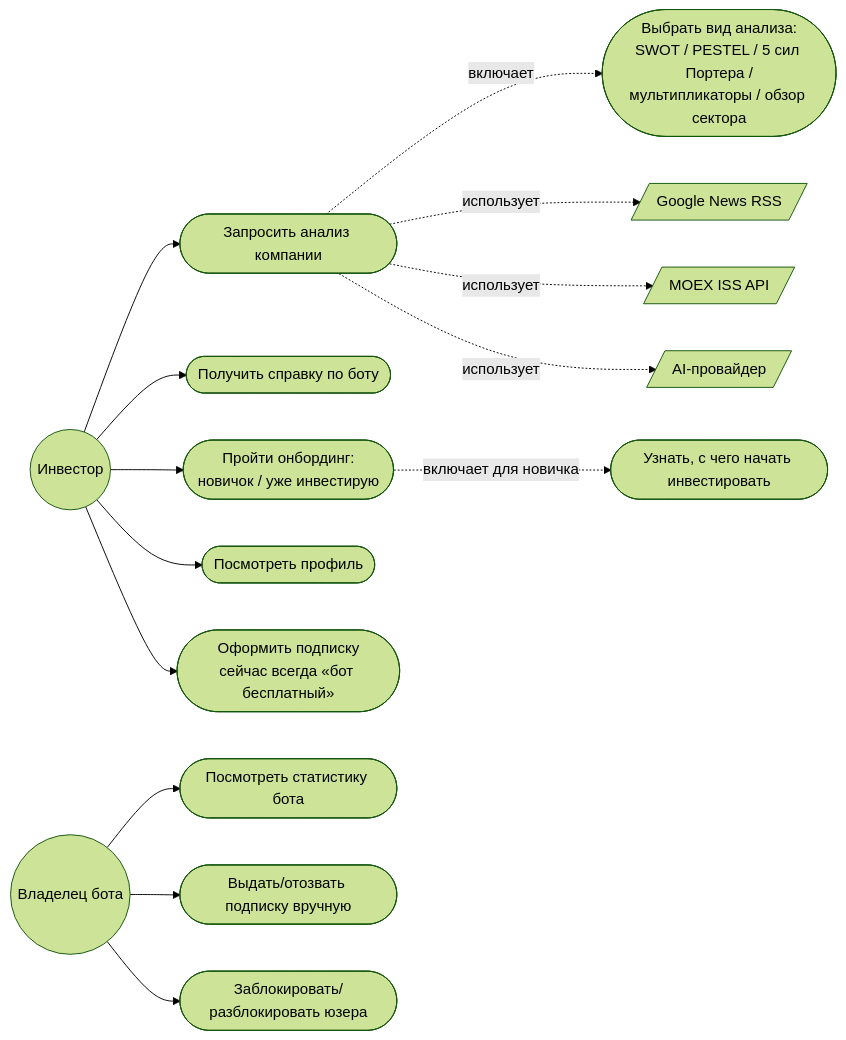
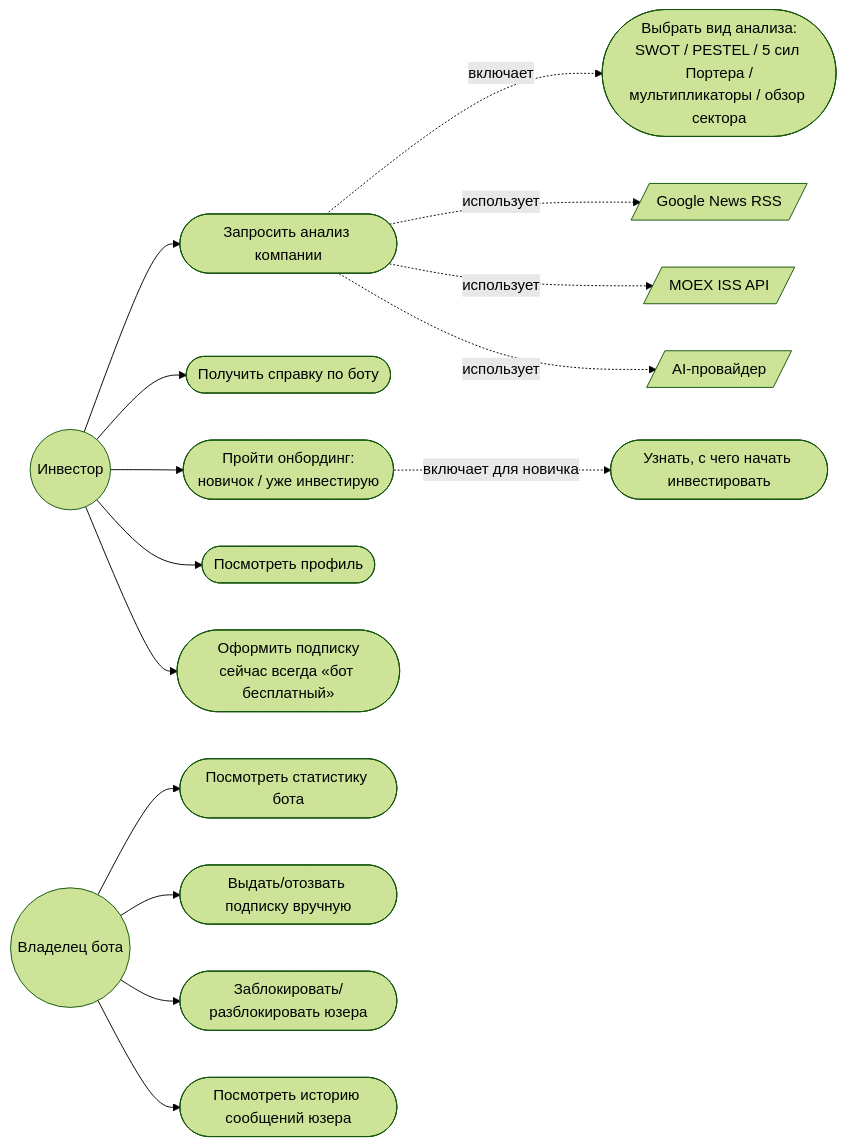
Before and after one commit to keshtoim/analysis_for_invest_bot: the sixth of 6 diagrams in README.md, drawn with Mermaid (forest theme). The commit also changed other lines of this file, not shown here.

First line of the commit message:
docs: диаграммы и описание README под 3NF-схему БД

````diff
--- a/README.md
+++ b/README.md
@@ -371,33 +505,35 @@
 ```mermaid
 flowchart LR
     Investor((Инвестор))
     Owner((Владелец бота))
     News[/Google News RSS/]
     Moex[/MOEX ISS API/]
     AIExt[/AI-провайдер/]
 
     UC1([Запросить анализ компании])
     UC2([Выбрать вид анализа:<br/>SWOT / PESTEL / 5 сил Портера /<br/>мультипликаторы / обзор сектора])
     UC3([Получить справку по боту])
     UC4([Пройти онбординг:<br/>новичок / уже инвестирую])
     UC5([Узнать, с чего начать инвестировать])
     UC6([Посмотреть профиль])
     UC7([Оформить подписку<br/>сейчас всегда «бот бесплатный»])
     UC8([Посмотреть статистику бота])
     UC9([Выдать/отозвать подписку вручную])
     UC10([Заблокировать/разблокировать юзера])
+    UC11([Посмотреть историю сообщений юзера])
 
     Investor --> UC1
     Investor --> UC3
     Investor --> UC4
     Investor --> UC6
     Investor --> UC7
     Owner --> UC8
     Owner --> UC9
     Owner --> UC10
+    Owner --> UC11
     UC4 -.включает для новичка.-> UC5
     UC1 -.включает.-> UC2
     UC1 -.использует.-> News
     UC1 -.использует.-> Moex
     UC1 -.использует.-> AIExt
 ```
````
